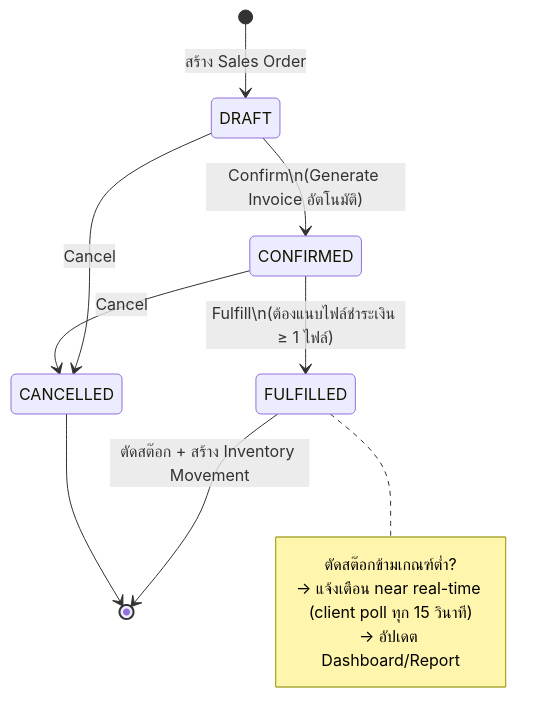
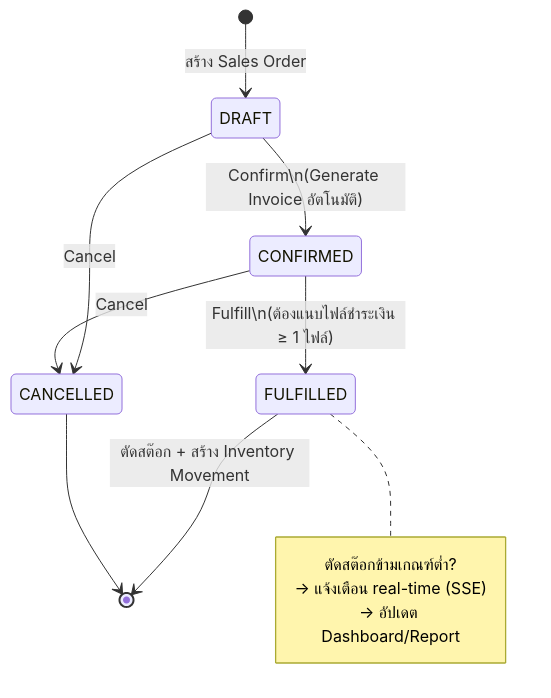
One commit to golffer420014/Inventory-Stock-System changed the first of 2 diagrams in README.md. Above: the diagram before and after it, drawn with Mermaid. The commit also changed other lines of this file and 12 other files, not shown here.

````diff
--- a/README.md
+++ b/README.md
@@ -139,16 +138,16 @@
 ```mermaid
 stateDiagram-v2
     [*] --> DRAFT : สร้าง Sales Order
     DRAFT --> CONFIRMED : Confirm\n(Generate Invoice อัตโนมัติ)
     CONFIRMED --> FULFILLED : Fulfill\n(ต้องแนบไฟล์ชำระเงิน ≥ 1 ไฟล์)
     DRAFT --> CANCELLED : Cancel
     CONFIRMED --> CANCELLED : Cancel
     FULFILLED --> [*] : ตัดสต๊อก + สร้าง Inventory Movement
     CANCELLED --> [*]
 
     note right of FULFILLED
         ตัดสต๊อกข้ามเกณฑ์ต่ำ?
-        → แจ้งเตือน near real-time (client poll ทุก 15 วินาที)
+        → แจ้งเตือน real-time (SSE)
         → อัปเดต Dashboard/Report
     end note
 ```
````
